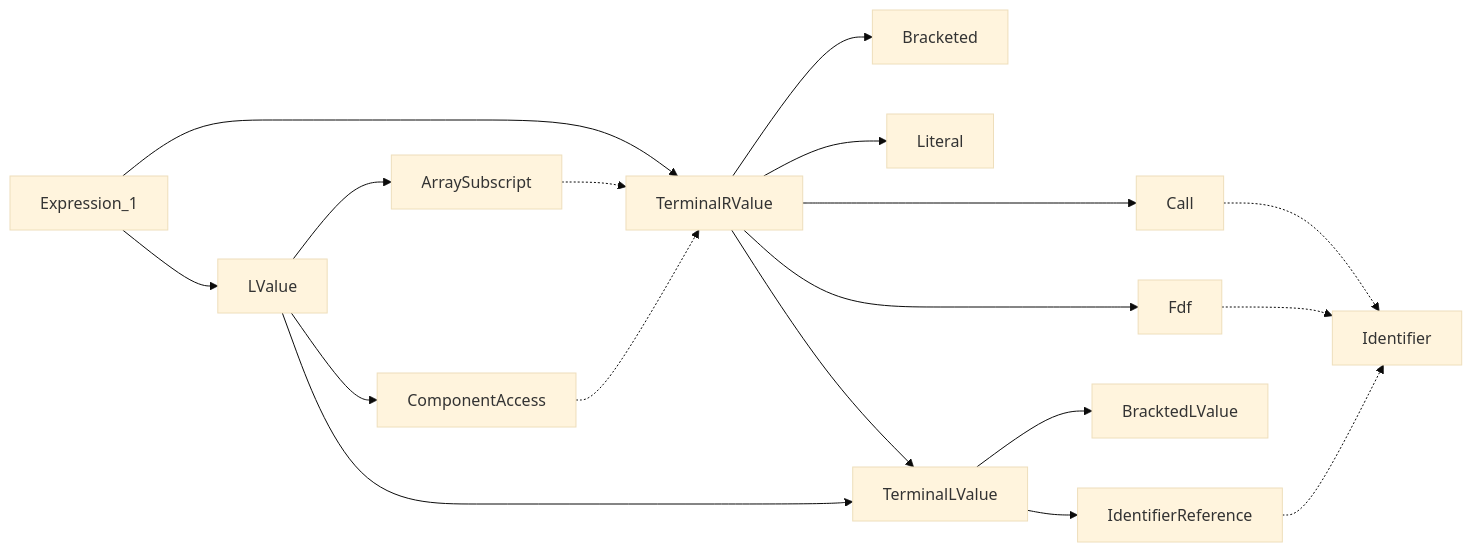
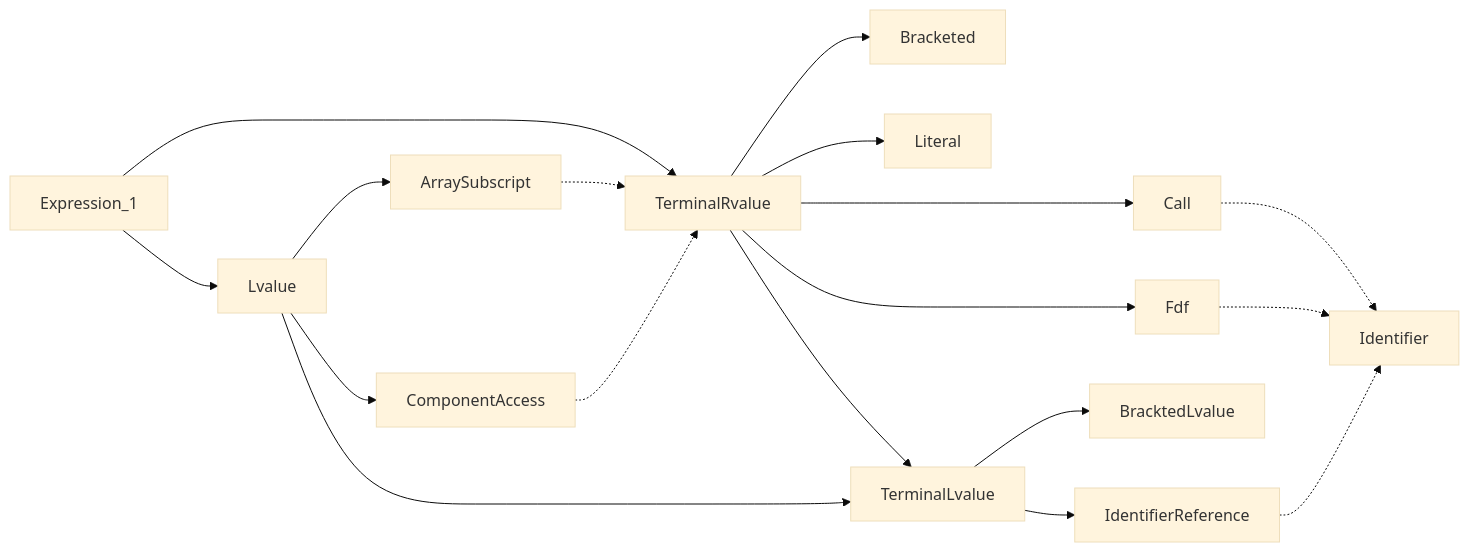
The fourth of 4 diagrams in docs/Done.md (5cover/psdc), drawn with Mermaid (base theme) before and after one commit. The commit also changed other lines of this file and 30 other files, not shown here.

````diff
--- a/docs/Done.md
+++ b/docs/Done.md
@@ -528,14 +528,14 @@
 ```mermaid
 flowchart LR
-Expression_1 --> TerminalRValue
-TerminalRValue --> Bracketed
-TerminalRValue --> Literal
-TerminalRValue --> Call .-> Identifier
-TerminalRValue --> Fdf .-> Identifier
-TerminalRValue --> TerminalLValue
-Expression_1 --> LValue --> TerminalLValue
-TerminalLValue --> BracktedLValue
-TerminalLValue --> IdentifierReference .-> Identifier   
-LValue --> ArraySubscript .-> TerminalRValue
-LValue --> ComponentAccess .-> TerminalRValue
+Expression_1 --> TerminalRvalue
+TerminalRvalue --> Bracketed
+TerminalRvalue --> Literal
+TerminalRvalue --> Call .-> Identifier
+TerminalRvalue --> Fdf .-> Identifier
+TerminalRvalue --> TerminalLvalue
+Expression_1 --> Lvalue --> TerminalLvalue
+TerminalLvalue --> BracktedLvalue
+TerminalLvalue --> IdentifierReference .-> Identifier   
+Lvalue --> ArraySubscript .-> TerminalRvalue
+Lvalue --> ComponentAccess .-> TerminalRvalue
 ```
````
